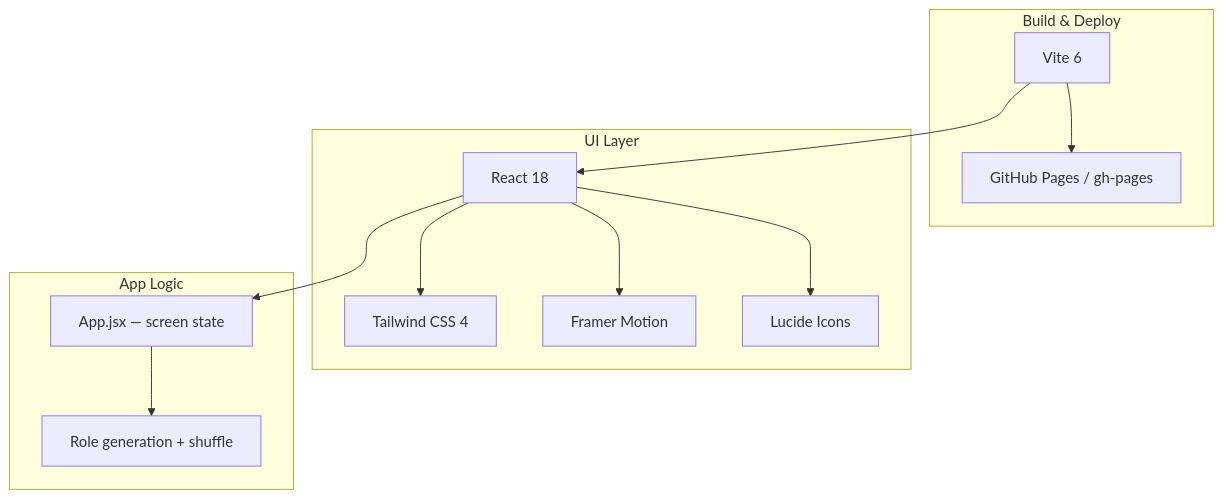
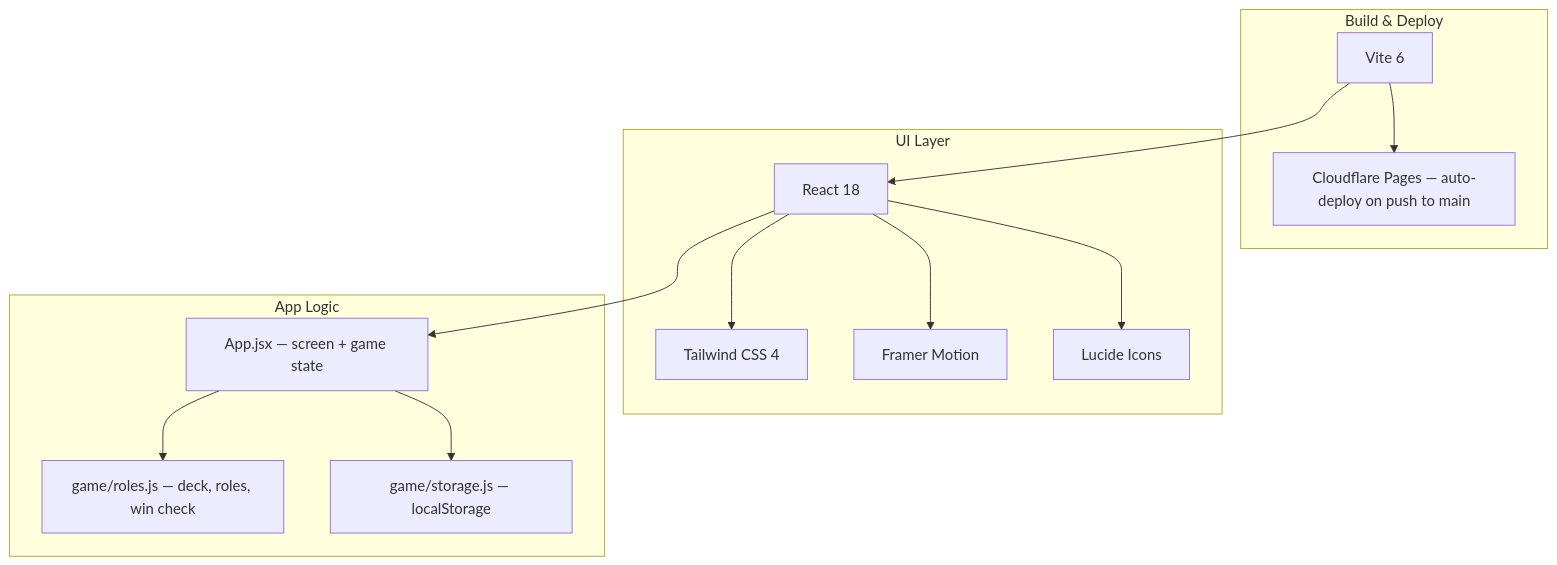
One commit to DhanushPrince/Mafia changed the first of 6 diagrams in diagram.md. Above: the diagram before and after it, drawn with Mermaid. The commit also changed other lines of this file and 21 other files, not shown here.

````diff
--- a/diagram.md
+++ b/diagram.md
@@ -9,27 +10,29 @@
 ```mermaid
 flowchart TB
     subgraph build [Build & Deploy]
         Vite[Vite 6]
-        GH[GitHub Pages / gh-pages]
+        CF[Cloudflare Pages — auto-deploy on push to main]
     end
 
     subgraph ui [UI Layer]
         React[React 18]
         Tailwind[Tailwind CSS 4]
         Motion[Framer Motion]
         Lucide[Lucide Icons]
     end
 
     subgraph app [App Logic]
-        App[App.jsx — screen state]
-        Deck[Role generation + shuffle]
+        App[App.jsx — screen + game state]
+        Roles[game/roles.js — deck, roles, win check]
+        Storage[game/storage.js — localStorage]
     end
 
     Vite --> React
     React --> App
-    App --> Deck
+    App --> Roles
+    App --> Storage
     React --> Tailwind
     React --> Motion
     React --> Lucide
-    Vite --> GH
+    Vite --> CF
 ```
````
